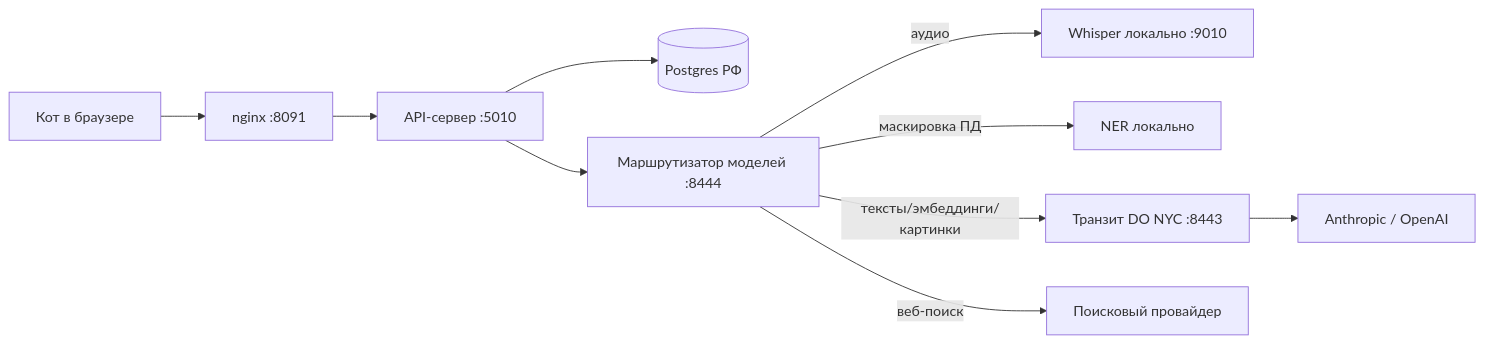
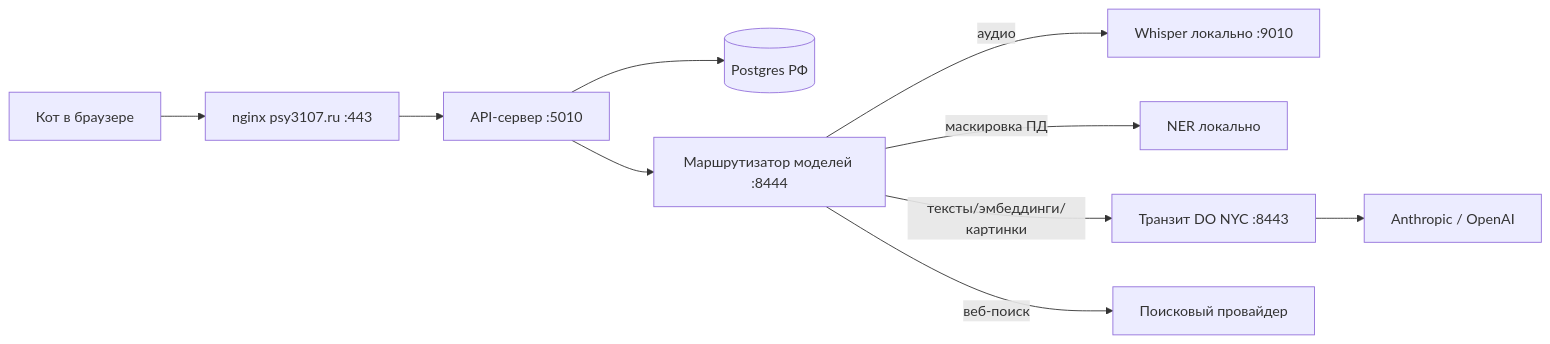
The diagram in ARCHITECTURE.md (vikkyduck/Kotu), drawn with Mermaid before and after one commit. The commit also changed other lines of this file and 8 other files, not shown here.

````diff
--- a/ARCHITECTURE.md
+++ b/ARCHITECTURE.md
@@ -117,12 +117,12 @@
 ```mermaid
 graph LR
-  A[Кот в браузере] --> B[nginx :8091]
+  A[Кот в браузере] --> B[nginx psy3107.ru :443]
   B --> C[API-сервер :5010]
   C --> D[(Postgres РФ)]
   C --> E[Маршрутизатор моделей :8444]
   E -->|аудио| F[Whisper локально :9010]
   E -->|маскировка ПД| G[NER локально]
   E -->|тексты/эмбеддинги/картинки| H[Транзит DO NYC :8443]
   H --> I[Anthropic / OpenAI]
   E -->|веб-поиск| J[Поисковый провайдер]
 ```
````
